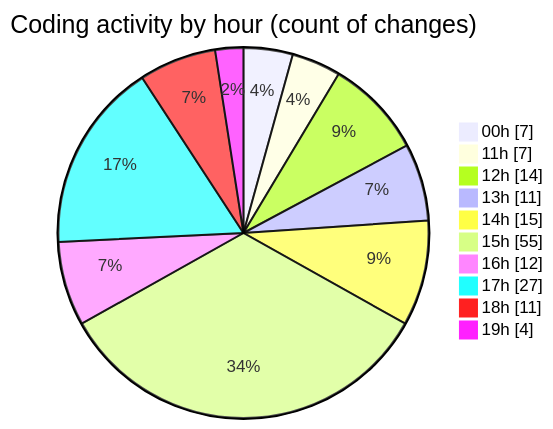
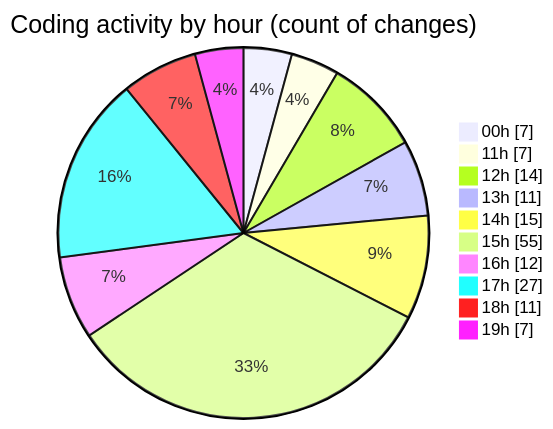
The second of 2 diagrams in 2025-10-08/eventscop-frontend-guide__workspace_/README.md (julien-gomy/code-tracking), drawn with Mermaid before and after one commit. The commit also changed other lines of this file and 1 other file, not shown here.

````diff
--- a/2025-10-08/eventscop-frontend-guide__workspace_/README.md
+++ b/2025-10-08/eventscop-frontend-guide__workspace_/README.md
@@ -58,14 +58,14 @@
 ```mermaid
 pie showData
 title Coding activity by hour (count of changes)
 "00h" : 7
 "11h" : 7
 "12h" : 14
 "13h" : 11
 "14h" : 15
 "15h" : 55
 "16h" : 12
 "17h" : 27
 "18h" : 11
-"19h" : 4
+"19h" : 7
 ```
````
